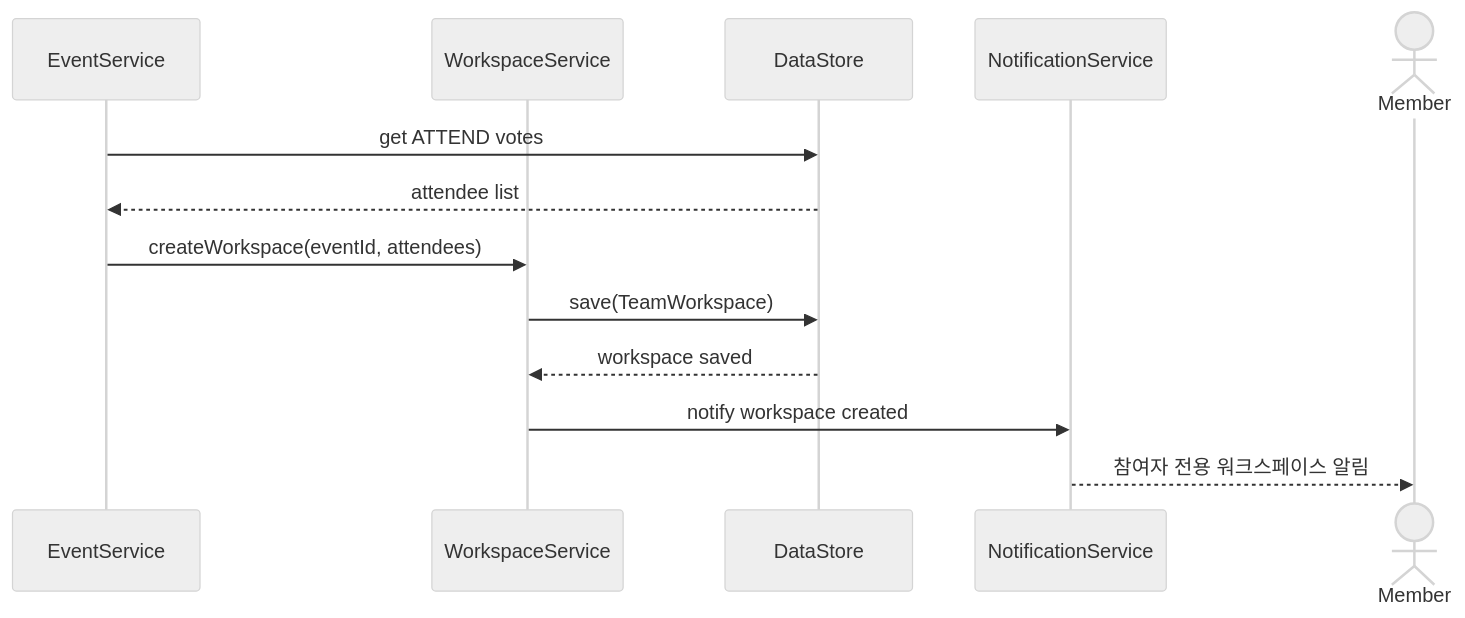
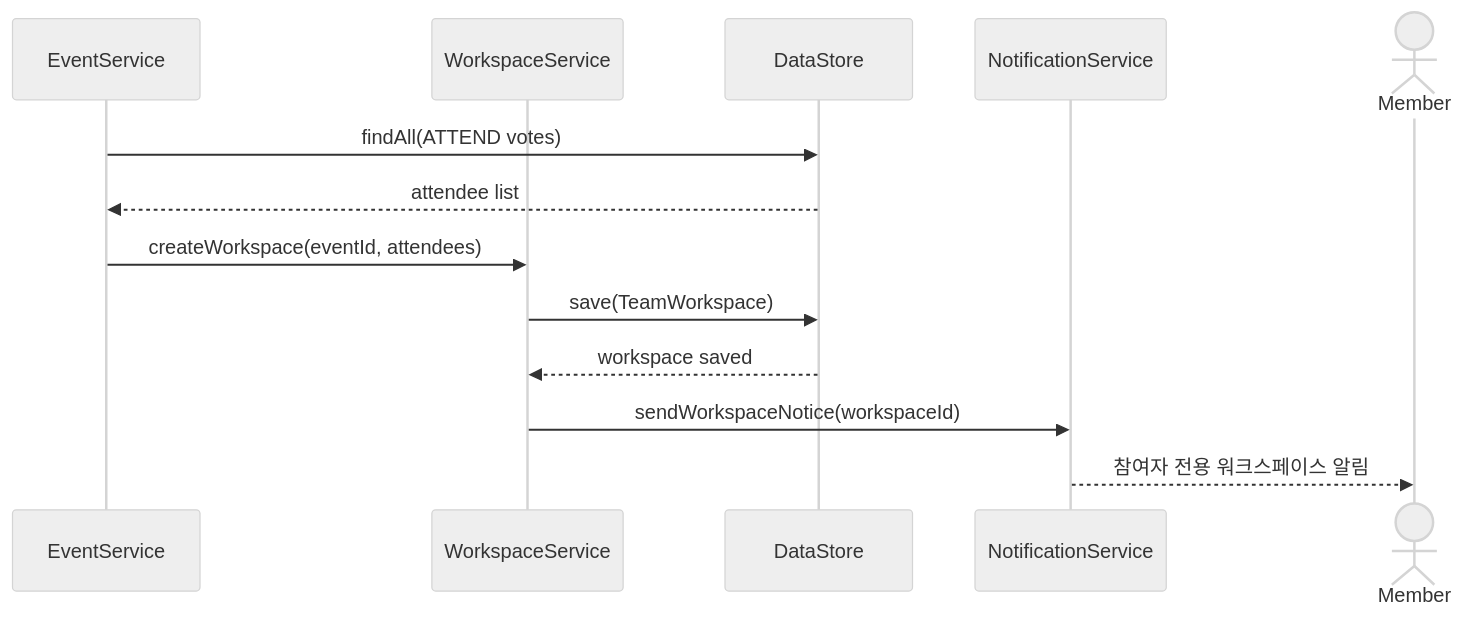
Before and after one commit to goldong23/Jo-Yul: diagram 14 of 16 in Design_22411923_홍주은.md, drawn with Mermaid (neutral theme). The commit also changed other lines of this file, not shown here.

Commit message:
UML 다이어그램 강의 규칙 반영

````diff
--- a/Design_22411923_홍주은.md
+++ b/Design_22411923_홍주은.md
@@ -546,16 +633,16 @@
 ```mermaid
 sequenceDiagram
     participant EventService
     participant WorkspaceService
     participant DataStore
     participant NotificationService
     actor Member
 
-    EventService->>DataStore: get ATTEND votes
+    EventService->>DataStore: findAll(ATTEND votes)
     DataStore-->>EventService: attendee list
     EventService->>WorkspaceService: createWorkspace(eventId, attendees)
     WorkspaceService->>DataStore: save(TeamWorkspace)
     DataStore-->>WorkspaceService: workspace saved
-    WorkspaceService->>NotificationService: notify workspace created
+    WorkspaceService->>NotificationService: sendWorkspaceNotice(workspaceId)
     NotificationService-->>Member: 참여자 전용 워크스페이스 알림
 ```
````
